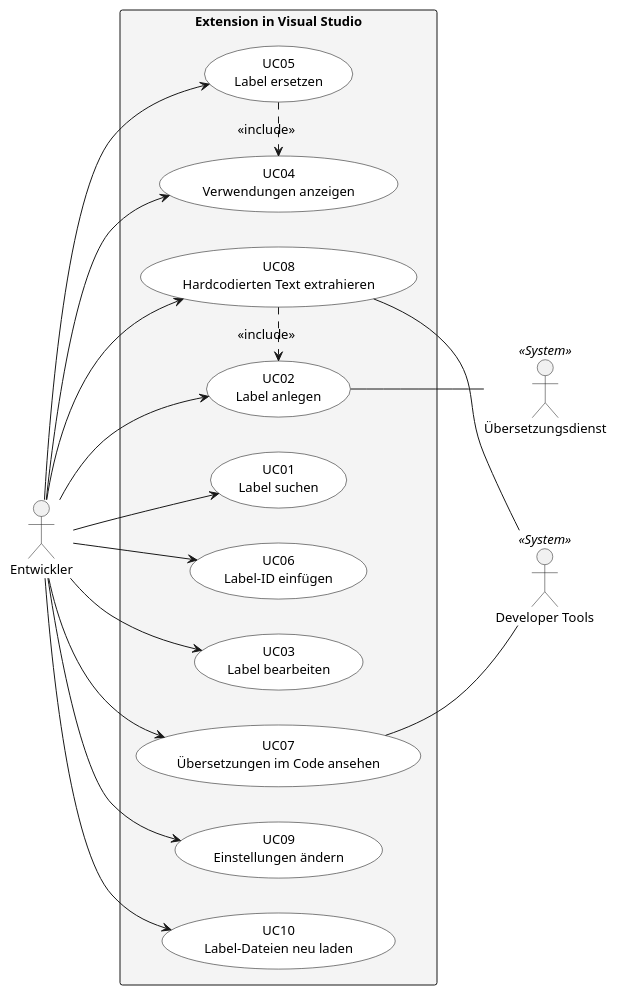
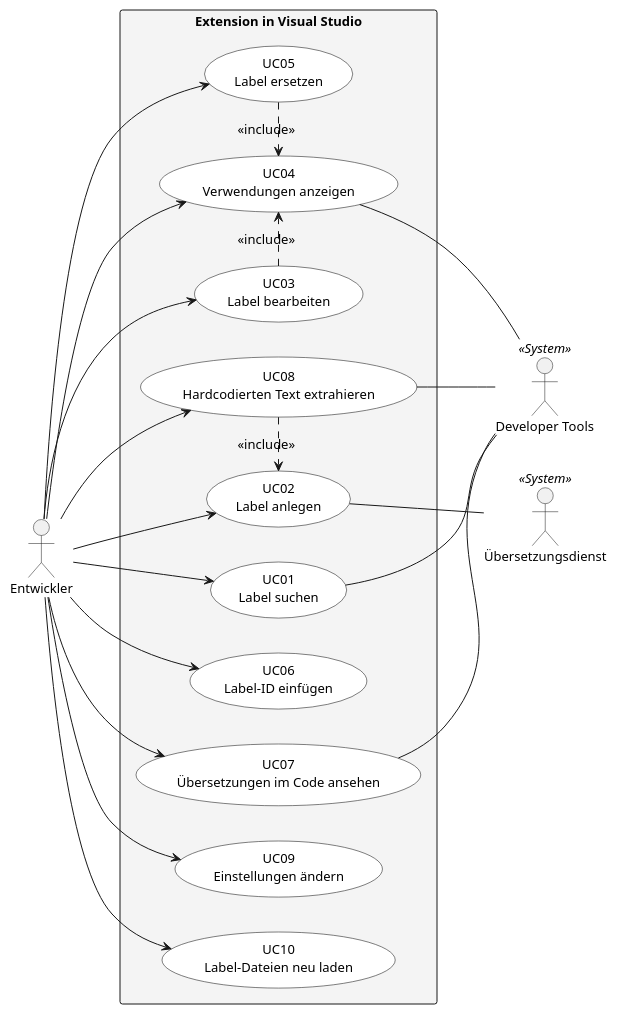
The diagram in documentation/diagrams/UseCases.puml (Adyrem/diploma-label-localization), drawn with PlantUML before and after one commit. The commit also changed 8 other files, not shown here.

```diff
--- a/documentation/diagrams/UseCases.puml
+++ b/documentation/diagrams/UseCases.puml
@@ -1,50 +1,53 @@
 @startuml
 ' Use Cases der Extension mit Akteuren.
 ' Rendern: plantuml -tpng -charset UTF-8 UseCases.puml
 
 skinparam defaultFontSize 13
 skinparam shadowing false
 skinparam usecase {
   BackgroundColor White
   BorderColor Black
 }
 skinparam rectangle {
   BackgroundColor #F4F4F4
 }
 left to right direction
 
 actor "Entwickler" as DEV
 actor "Developer Tools" as D365 <<System>>
 actor "Übersetzungsdienst" as SVC <<System>>
 
 rectangle "Extension in Visual Studio" {
   usecase "UC01\nLabel suchen" as UC01
   usecase "UC06\nLabel-ID einfügen" as UC06
   usecase "UC03\nLabel bearbeiten" as UC03
   usecase "UC05\nLabel ersetzen" as UC05
   usecase "UC04\nVerwendungen anzeigen" as UC04
   usecase "UC07\nÜbersetzungen im Code ansehen" as UC07
   usecase "UC08\nHardcodierten Text extrahieren" as UC08
   usecase "UC02\nLabel anlegen" as UC02
   usecase "UC09\nEinstellungen ändern" as UC09
   usecase "UC10\nLabel-Dateien neu laden" as UC10
 }
 
 DEV --> UC01
 DEV --> UC06
 DEV --> UC03
 DEV --> UC05
 DEV --> UC04
 DEV --> UC07
 DEV --> UC08
 DEV --> UC02
 DEV --> UC09
 DEV --> UC10
 
 UC05 .right.> UC04 : <<include>>
+UC03 .right.> UC04 : <<include>>
 UC08 .right.> UC02 : <<include>>
 
+UC01 -- D365
+UC04 -- D365
 UC07 -- D365
 UC08 -- D365
 UC02 -- SVC
 @enduml
```
